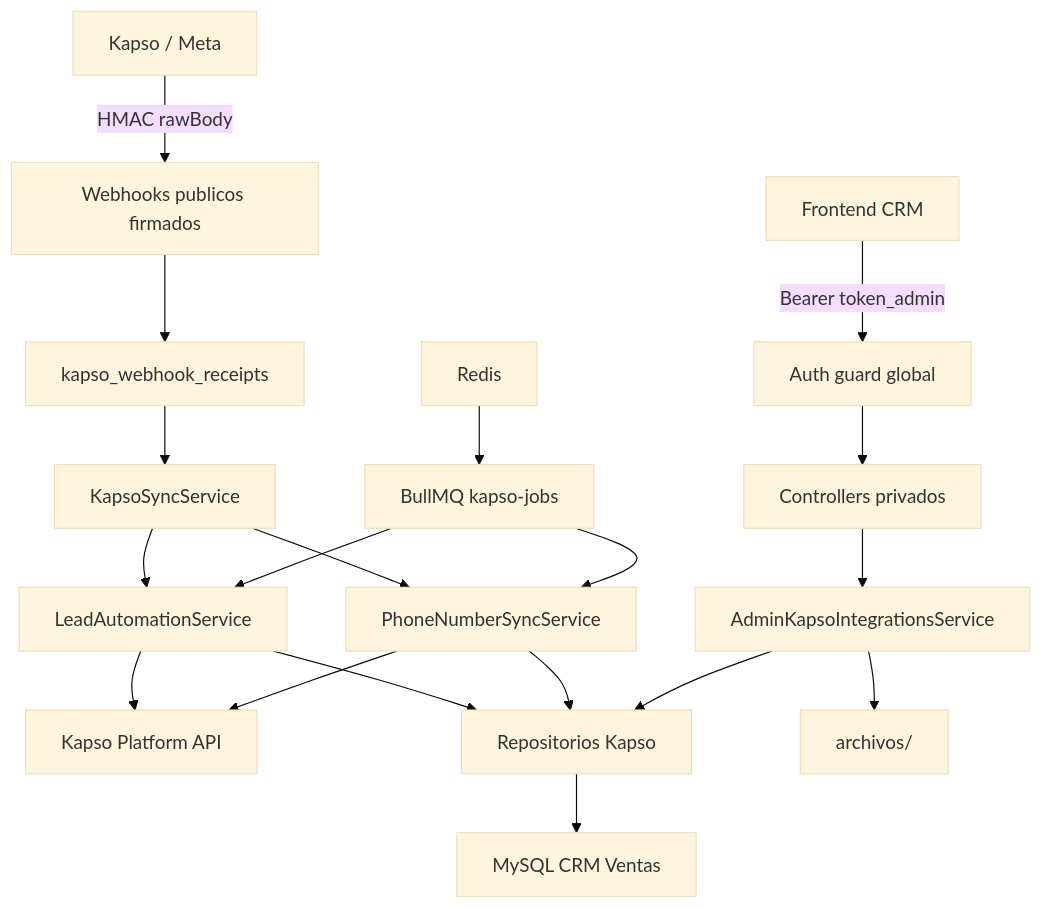
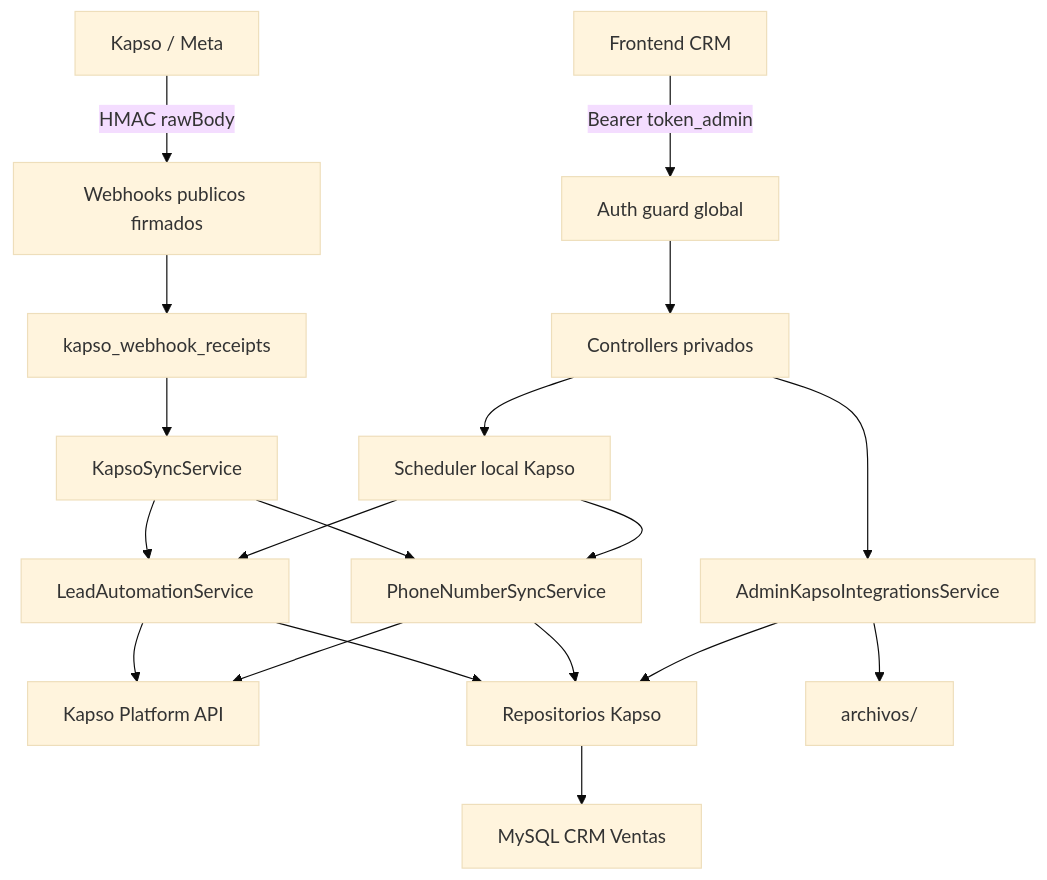
One commit to roccacr/CRM_VENTAS changed the second of 9 diagrams in README.md. Above: the diagram before and after it, drawn with Mermaid (base theme). The commit also changed other lines of this file and 34 other files, not shown here.

````diff
--- a/README.md
+++ b/README.md
@@ -163,25 +165,25 @@
 ```mermaid
 flowchart TD
   CRM["Frontend CRM"] -->|"Bearer token_admin"| GUARD["Auth guard global"]
   GUARD --> REST["Controllers privados"]
 
   KAPSO["Kapso / Meta"] -->|"HMAC rawBody"| WH["Webhooks publicos firmados"]
   WH --> RECEIPTS["kapso_webhook_receipts"]
   RECEIPTS --> SYNC["KapsoSyncService"]
 
-  REDIS["Redis"] --> QUEUE["BullMQ kapso-jobs"]
-  QUEUE --> PHONE["PhoneNumberSyncService"]
-  QUEUE --> LEADS["LeadAutomationService"]
+  REST --> JOBS["Scheduler local Kapso"]
+  JOBS --> PHONE["PhoneNumberSyncService"]
+  JOBS --> LEADS["LeadAutomationService"]
 
   REST --> ADMIN["AdminKapsoIntegrationsService"]
   SYNC --> PHONE
   SYNC --> LEADS
   PHONE --> API["Kapso Platform API"]
   LEADS --> API
 
   ADMIN --> REPOS["Repositorios Kapso"]
   PHONE --> REPOS
   LEADS --> REPOS
   REPOS --> DB["MySQL CRM Ventas"]
   ADMIN --> FS["archivos/"]
 ```
````
